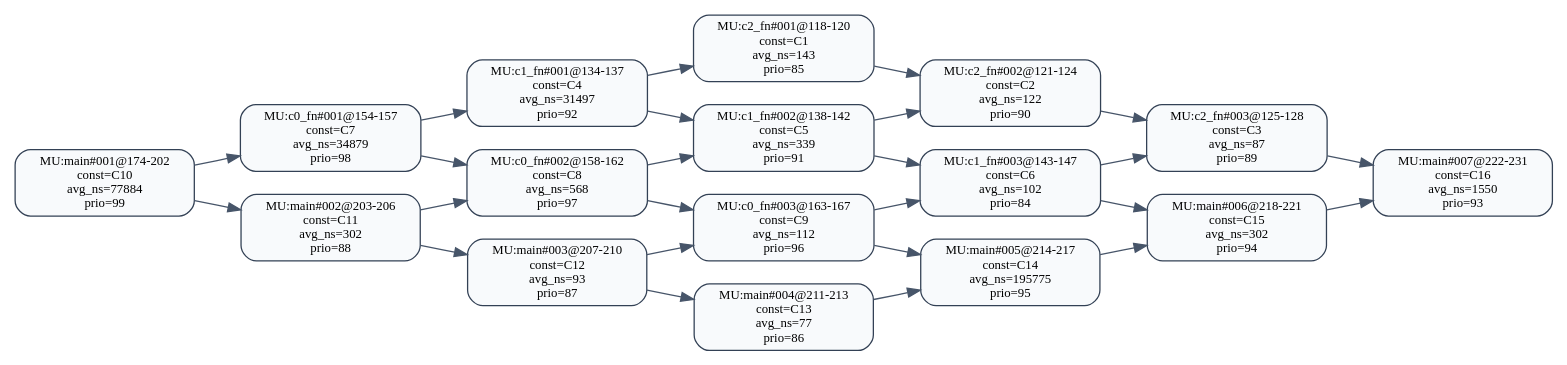
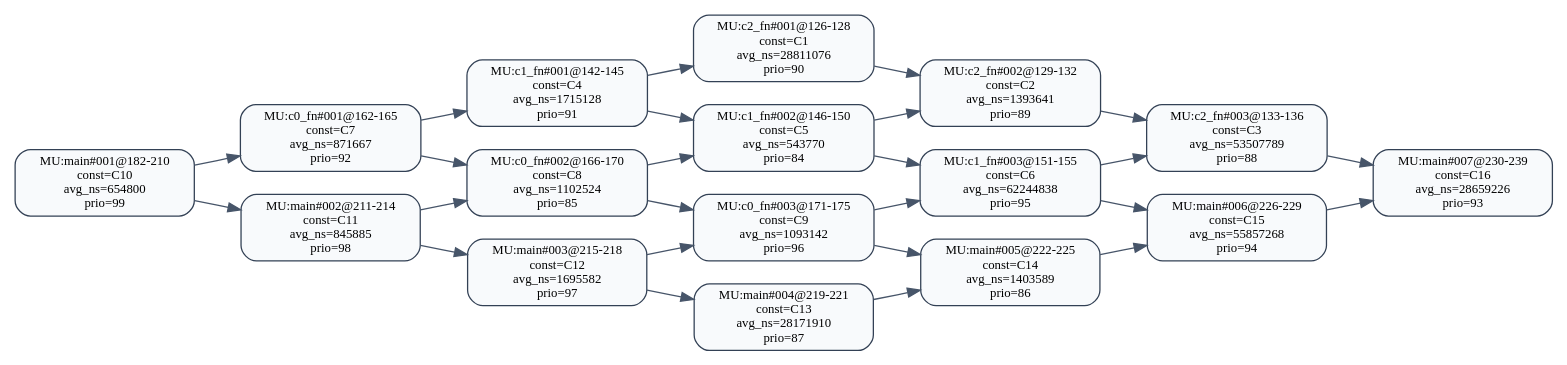
One commit to RTS-SYSU/DAG-Gen changed the diagram in 中间结果/zhang1/pipeline/validation/level2/effective_line_merge/cpf/dag_seg_annotated.dot. Above: the diagram before and after it, drawn with Graphviz. The commit also changed 1017 other files, not shown here.

Commit message:
已矫正dag图circle问题，下一步准备板子上实验

```diff
--- a/中间结果/zhang1/pipeline/validation/level2/effective_line_merge/cpf/dag_seg_annotated.dot
+++ b/中间结果/zhang1/pipeline/validation/level2/effective_line_merge/cpf/dag_seg_annotated.dot
@@ -1,45 +1,45 @@
 digraph dag_seg_annotated {
   rankdir=LR;
   node [shape=box, style="rounded,filled", fillcolor="#F8FAFC", color="#334155", fontsize=10];
   edge [color="#475569"];
-  "MU:c0_fn#001@154-157" [label="MU:c0_fn#001@154-157\nconst=C7\navg_ns=34879\nprio=98"];
-  "MU:c0_fn#002@158-162" [label="MU:c0_fn#002@158-162\nconst=C8\navg_ns=568\nprio=97"];
-  "MU:c0_fn#003@163-167" [label="MU:c0_fn#003@163-167\nconst=C9\navg_ns=112\nprio=96"];
-  "MU:c1_fn#001@134-137" [label="MU:c1_fn#001@134-137\nconst=C4\navg_ns=31497\nprio=92"];
-  "MU:c1_fn#002@138-142" [label="MU:c1_fn#002@138-142\nconst=C5\navg_ns=339\nprio=91"];
-  "MU:c1_fn#003@143-147" [label="MU:c1_fn#003@143-147\nconst=C6\navg_ns=102\nprio=84"];
-  "MU:c2_fn#001@118-120" [label="MU:c2_fn#001@118-120\nconst=C1\navg_ns=143\nprio=85"];
-  "MU:c2_fn#002@121-124" [label="MU:c2_fn#002@121-124\nconst=C2\navg_ns=122\nprio=90"];
-  "MU:c2_fn#003@125-128" [label="MU:c2_fn#003@125-128\nconst=C3\navg_ns=87\nprio=89"];
-  "MU:main#001@174-202" [label="MU:main#001@174-202\nconst=C10\navg_ns=77884\nprio=99"];
-  "MU:main#002@203-206" [label="MU:main#002@203-206\nconst=C11\navg_ns=302\nprio=88"];
-  "MU:main#003@207-210" [label="MU:main#003@207-210\nconst=C12\navg_ns=93\nprio=87"];
-  "MU:main#004@211-213" [label="MU:main#004@211-213\nconst=C13\navg_ns=77\nprio=86"];
-  "MU:main#005@214-217" [label="MU:main#005@214-217\nconst=C14\navg_ns=195775\nprio=95"];
-  "MU:main#006@218-221" [label="MU:main#006@218-221\nconst=C15\navg_ns=302\nprio=94"];
-  "MU:main#007@222-231" [label="MU:main#007@222-231\nconst=C16\navg_ns=1550\nprio=93"];
-  "MU:c2_fn#001@118-120" -> "MU:c2_fn#002@121-124";
-  "MU:c2_fn#002@121-124" -> "MU:c2_fn#003@125-128";
-  "MU:c1_fn#001@134-137" -> "MU:c1_fn#002@138-142";
-  "MU:c1_fn#002@138-142" -> "MU:c1_fn#003@143-147";
-  "MU:c0_fn#001@154-157" -> "MU:c0_fn#002@158-162";
-  "MU:c0_fn#002@158-162" -> "MU:c0_fn#003@163-167";
-  "MU:main#001@174-202" -> "MU:main#002@203-206";
-  "MU:main#002@203-206" -> "MU:main#003@207-210";
-  "MU:main#003@207-210" -> "MU:main#004@211-213";
-  "MU:main#004@211-213" -> "MU:main#005@214-217";
-  "MU:main#005@214-217" -> "MU:main#006@218-221";
-  "MU:main#006@218-221" -> "MU:main#007@222-231";
-  "MU:c0_fn#001@154-157" -> "MU:c1_fn#001@134-137";
-  "MU:c1_fn#001@134-137" -> "MU:c2_fn#001@118-120";
-  "MU:main#001@174-202" -> "MU:c0_fn#001@154-157";
-  "MU:c0_fn#003@163-167" -> "MU:main#005@214-217";
-  "MU:c1_fn#003@143-147" -> "MU:main#006@218-221";
-  "MU:c2_fn#003@125-128" -> "MU:main#007@222-231";
-  "MU:c1_fn#002@138-142" -> "MU:c2_fn#002@121-124";
-  "MU:c1_fn#003@143-147" -> "MU:c2_fn#003@125-128";
-  "MU:c0_fn#002@158-162" -> "MU:c1_fn#002@138-142";
-  "MU:c0_fn#003@163-167" -> "MU:c1_fn#003@143-147";
-  "MU:main#002@203-206" -> "MU:c0_fn#002@158-162";
-  "MU:main#003@207-210" -> "MU:c0_fn#003@163-167";
+  "MU:c0_fn#001@162-165" [label="MU:c0_fn#001@162-165\nconst=C7\navg_ns=871667\nprio=92"];
+  "MU:c0_fn#002@166-170" [label="MU:c0_fn#002@166-170\nconst=C8\navg_ns=1102524\nprio=85"];
+  "MU:c0_fn#003@171-175" [label="MU:c0_fn#003@171-175\nconst=C9\navg_ns=1093142\nprio=96"];
+  "MU:c1_fn#001@142-145" [label="MU:c1_fn#001@142-145\nconst=C4\navg_ns=1715128\nprio=91"];
+  "MU:c1_fn#002@146-150" [label="MU:c1_fn#002@146-150\nconst=C5\navg_ns=543770\nprio=84"];
+  "MU:c1_fn#003@151-155" [label="MU:c1_fn#003@151-155\nconst=C6\navg_ns=62244838\nprio=95"];
+  "MU:c2_fn#001@126-128" [label="MU:c2_fn#001@126-128\nconst=C1\navg_ns=28811076\nprio=90"];
+  "MU:c2_fn#002@129-132" [label="MU:c2_fn#002@129-132\nconst=C2\navg_ns=1393641\nprio=89"];
+  "MU:c2_fn#003@133-136" [label="MU:c2_fn#003@133-136\nconst=C3\navg_ns=53507789\nprio=88"];
+  "MU:main#001@182-210" [label="MU:main#001@182-210\nconst=C10\navg_ns=654800\nprio=99"];
+  "MU:main#002@211-214" [label="MU:main#002@211-214\nconst=C11\navg_ns=845885\nprio=98"];
+  "MU:main#003@215-218" [label="MU:main#003@215-218\nconst=C12\navg_ns=1695582\nprio=97"];
+  "MU:main#004@219-221" [label="MU:main#004@219-221\nconst=C13\navg_ns=28171910\nprio=87"];
+  "MU:main#005@222-225" [label="MU:main#005@222-225\nconst=C14\navg_ns=1403589\nprio=86"];
+  "MU:main#006@226-229" [label="MU:main#006@226-229\nconst=C15\navg_ns=55857268\nprio=94"];
+  "MU:main#007@230-239" [label="MU:main#007@230-239\nconst=C16\navg_ns=28659226\nprio=93"];
+  "MU:c2_fn#001@126-128" -> "MU:c2_fn#002@129-132";
+  "MU:c2_fn#002@129-132" -> "MU:c2_fn#003@133-136";
+  "MU:c1_fn#001@142-145" -> "MU:c1_fn#002@146-150";
+  "MU:c1_fn#002@146-150" -> "MU:c1_fn#003@151-155";
+  "MU:c0_fn#001@162-165" -> "MU:c0_fn#002@166-170";
+  "MU:c0_fn#002@166-170" -> "MU:c0_fn#003@171-175";
+  "MU:main#001@182-210" -> "MU:main#002@211-214";
+  "MU:main#002@211-214" -> "MU:main#003@215-218";
+  "MU:main#003@215-218" -> "MU:main#004@219-221";
+  "MU:main#004@219-221" -> "MU:main#005@222-225";
+  "MU:main#005@222-225" -> "MU:main#006@226-229";
+  "MU:main#006@226-229" -> "MU:main#007@230-239";
+  "MU:c0_fn#001@162-165" -> "MU:c1_fn#001@142-145";
+  "MU:c1_fn#001@142-145" -> "MU:c2_fn#001@126-128";
+  "MU:main#001@182-210" -> "MU:c0_fn#001@162-165";
+  "MU:c0_fn#003@171-175" -> "MU:main#005@222-225";
+  "MU:c1_fn#003@151-155" -> "MU:main#006@226-229";
+  "MU:c2_fn#003@133-136" -> "MU:main#007@230-239";
+  "MU:c1_fn#002@146-150" -> "MU:c2_fn#002@129-132";
+  "MU:c1_fn#003@151-155" -> "MU:c2_fn#003@133-136";
+  "MU:c0_fn#002@166-170" -> "MU:c1_fn#002@146-150";
+  "MU:c0_fn#003@171-175" -> "MU:c1_fn#003@151-155";
+  "MU:main#002@211-214" -> "MU:c0_fn#002@166-170";
+  "MU:main#003@215-218" -> "MU:c0_fn#003@171-175";
 }
```
